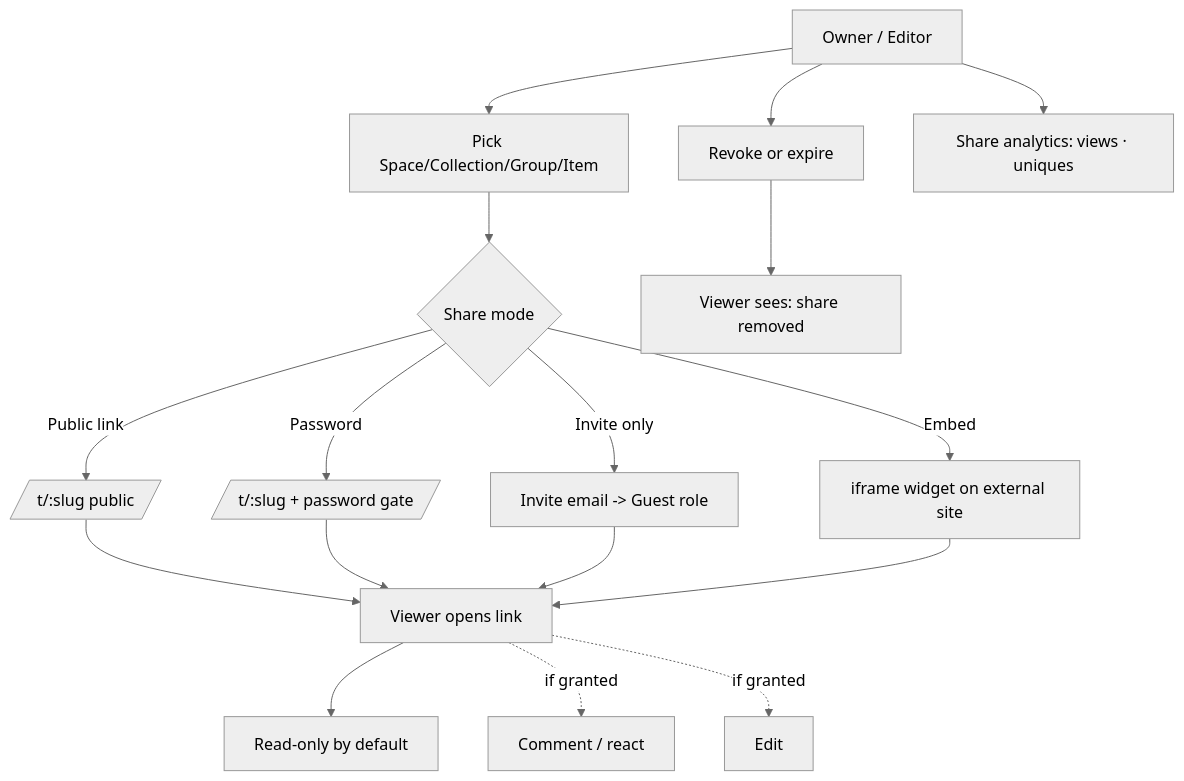
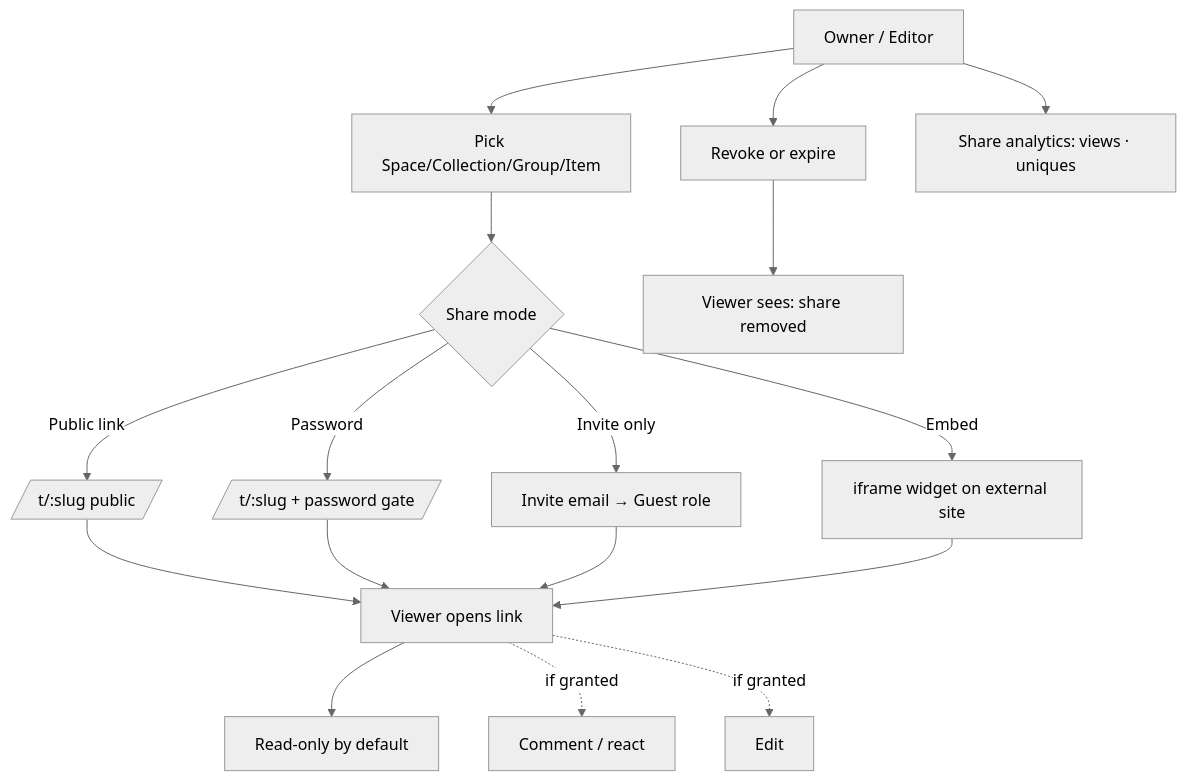
Before and after one commit to alimtvnetwork/letsmarknow-v2: the diagram in spec/21-app/08-sharing-collab/flow-diagram.mmd, drawn with Mermaid (neutral theme). The commit also changed 10 other files, not shown here.

```diff
--- a/spec/21-app/08-sharing-collab/flow-diagram.mmd
+++ b/spec/21-app/08-sharing-collab/flow-diagram.mmd
@@ -1,21 +1,21 @@
 flowchart TD
     OWNER[Owner / Editor] --> PICK[Pick Space/Collection/Group/Item]
     PICK --> MODE{Share mode}
     MODE -->|Public link| PUB[/t/:slug public/]
     MODE -->|Password| PWD[/t/:slug + password gate/]
-    MODE -->|Invite only| INV[Invite email -> Guest role]
+    MODE -->|Invite only| INV["Invite email → Guest role"]
     MODE -->|Embed| EMB["iframe widget on external site"]
 
     PUB --> VIEWER[Viewer opens link]
     PWD --> VIEWER
     INV --> VIEWER
     EMB --> VIEWER
 
     VIEWER --> READ[Read-only by default]
     VIEWER -. if granted .-> COMMENT[Comment / react]
     VIEWER -. if granted .-> EDIT[Edit]
 
     OWNER --> REV[Revoke or expire]
-    REV --> GONE[Viewer sees: share removed]
+    REV --> GONE["Viewer sees: share removed"]
 
     OWNER --> ANL[Share analytics: views · uniques]
```
